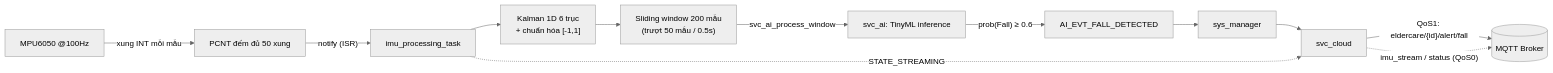
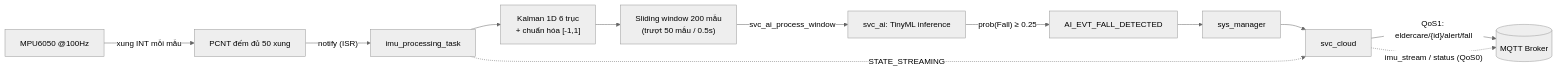
The third of 4 diagrams in project_setup/architecture/system_integration.md (vmh714/datn_agent_skills), drawn with Mermaid (neutral theme) before and after one commit. The commit also changed 28 other files, not shown here.

````diff
--- a/project_setup/architecture/system_integration.md
+++ b/project_setup/architecture/system_integration.md
@@ -77,15 +77,15 @@
 ```mermaid
 flowchart LR
   MPU["MPU6050 @100Hz"] -->|"xung INT mỗi mẫu"| PCNT["PCNT đếm đủ 50 xung"]
   PCNT -->|"notify (ISR)"| TASK["imu_processing_task"]
   TASK --> KAL["Kalman 1D 6 trục<br/>+ chuẩn hóa [-1,1]"]
   KAL --> WIN["Sliding window 200 mẫu<br/>(trượt 50 mẫu / 0.5s)"]
   WIN -->|"svc_ai_process_window"| AI["svc_ai: TinyML inference"]
-  AI -->|"prob(Fall) ≥ 0.6"| EVT["AI_EVT_FALL_DETECTED"]
+  AI -->|"prob(Fall) ≥ 0.25"| EVT["AI_EVT_FALL_DETECTED"]
   EVT --> SYS["sys_manager"]
   SYS --> CLOUD["svc_cloud"]
   CLOUD -->|"QoS1: eldercare/{id}/alert/fall"| BR[("MQTT Broker")]
 
   TASK -. "STATE_STREAMING" .-> CLOUD
   CLOUD -. "imu_stream / status (QoS0)" .-> BR
 ```
````
